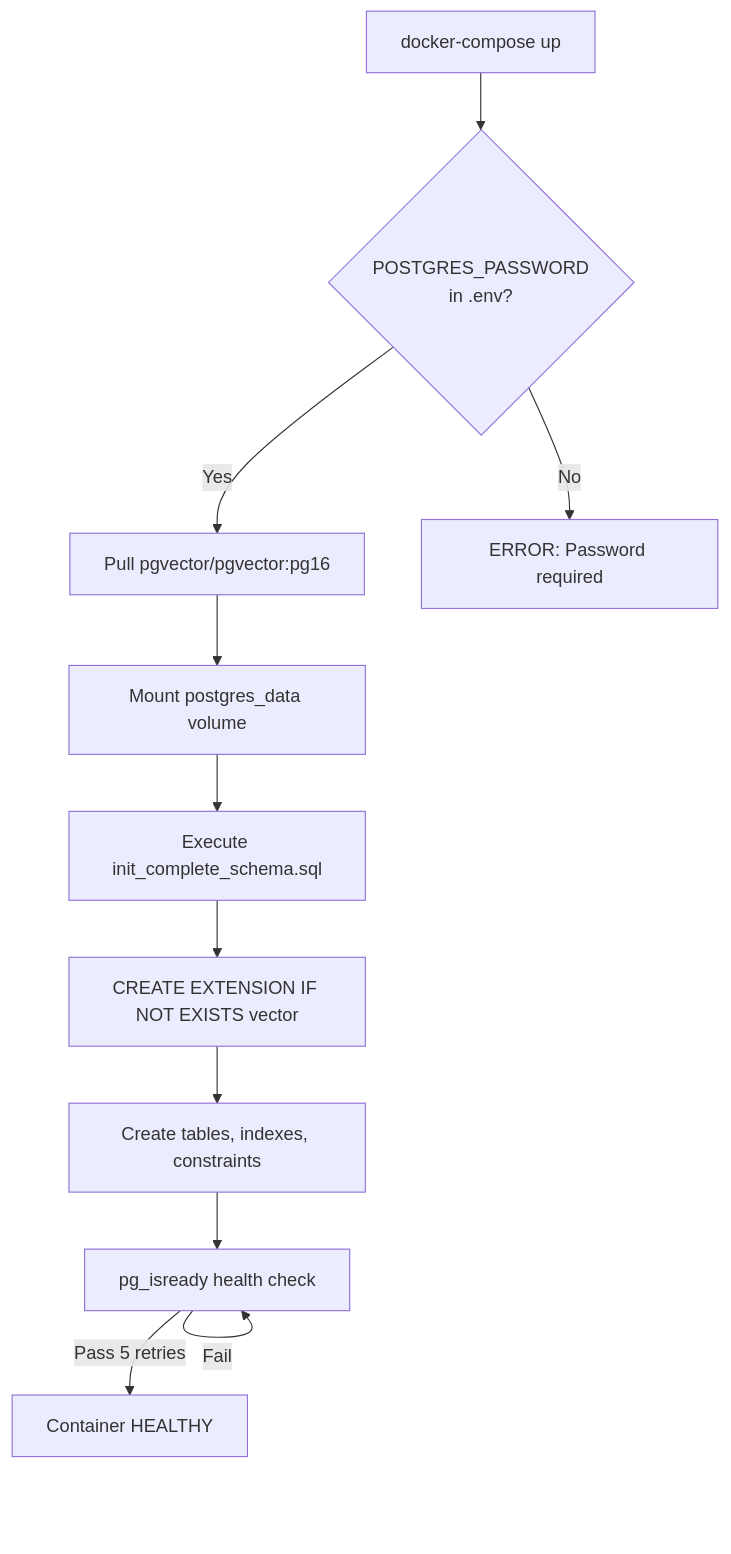
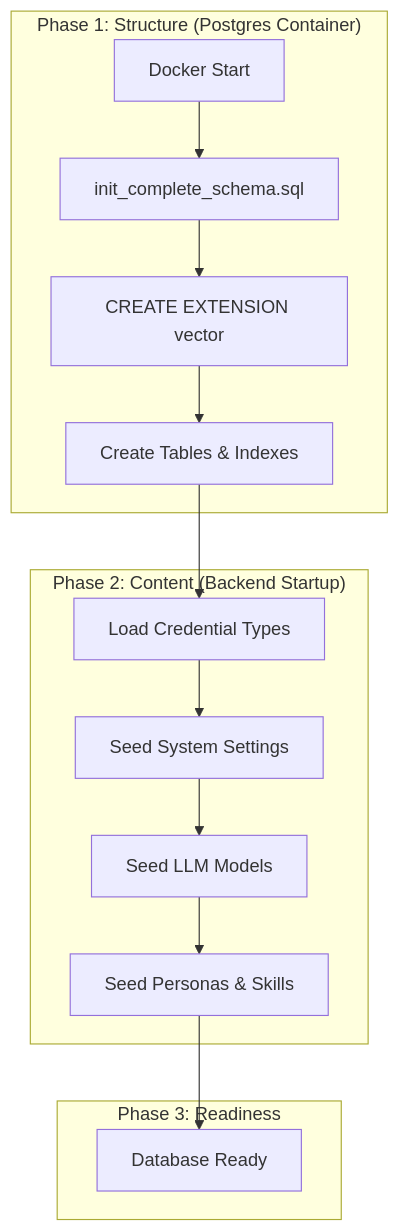
One commit to AutomatosAI/automatos-ai changed the first of 3 diagrams in docs/deployment-infrastructure/database-setup.md. Above: the diagram before and after it, drawn with Mermaid. The commit also changed other lines of this file and 149 other files, not shown here.

Commit message:
docs: refresh documentation with graphify semantic scan

````diff
--- a/docs/deployment-infrastructure/database-setup.md
+++ b/docs/deployment-infrastructure/database-setup.md
@@ -49,24 +56,19 @@
 ```mermaid
-flowchart TB
-    Start["docker-compose up"]
-    EnvCheck{"POSTGRES_PASSWORD<br/>in .env?"}
-    ImagePull["Pull pgvector/pgvector:pg16"]
-    VolumeMount["Mount postgres_data volume"]
-    InitScript["Execute init_complete_schema.sql"]
-    PgVectorExt["CREATE EXTENSION IF NOT EXISTS vector"]
-    SchemaCreate["Create tables, indexes, constraints"]
-    HealthCheck["pg_isready health check"]
-    Ready["Container HEALTHY"]
-    Fail["ERROR: Password required"]
-    
-    Start --> EnvCheck
-    EnvCheck -->|No| Fail
-    EnvCheck -->|Yes| ImagePull
-    ImagePull --> VolumeMount
-    VolumeMount --> InitScript
-    InitScript --> PgVectorExt
-    PgVectorExt --> SchemaCreate
-    SchemaCreate --> HealthCheck
-    HealthCheck -->|Pass 5 retries| Ready
-    HealthCheck -->|Fail| HealthCheck
+flowchart TD
+    subgraph "Phase 1: Structure (Postgres Container)"
+        A["Docker Start"] --> B["init_complete_schema.sql"]
+        B --> C["CREATE EXTENSION vector"]
+        C --> D["Create Tables & Indexes"]
+    end
+
+    subgraph "Phase 2: Content (Backend Startup)"
+        D --> E["Load Credential Types"]
+        E --> F["Seed System Settings"]
+        F --> G["Seed LLM Models"]
+        G --> H["Seed Personas & Skills"]
+    end
+
+    subgraph "Phase 3: Readiness"
+        H --> I["Database Ready"]
+    end
 ```
````
